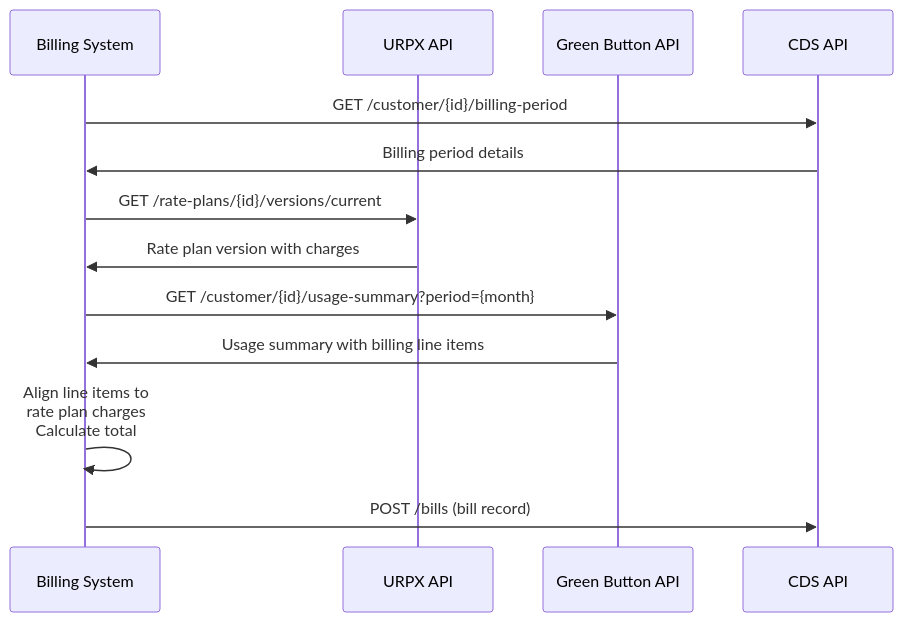
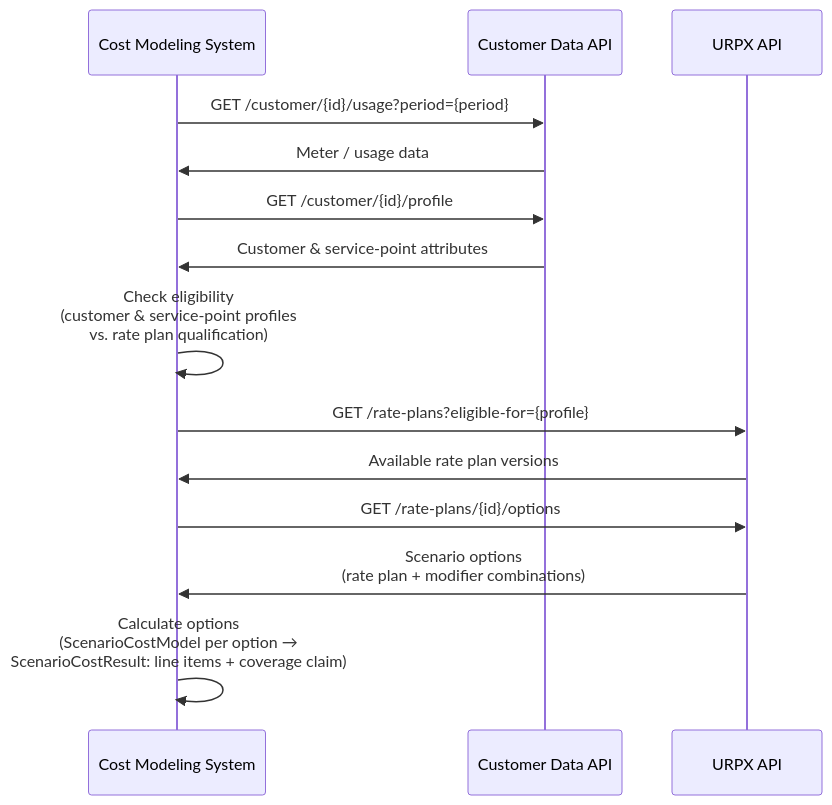
Before and after one commit to urpx-org/urpx: the second of 2 diagrams in documentation/pages/urpx-interoperability.md, drawn with Mermaid. The commit also changed other lines of this file and 1 other file, not shown here.

Commit message:
, Tighten the Green Button mapping annotations for publication
Recast the Green Button integration sequence to rate plan cost modeling

Replace the bill-calculation flow with a cost-modeling pattern: one Customer Data API in place of separate Green Button and CDS participants, and a flow of retrieve meter and customer data, check eligibility, list eligible rate plans, retrieve scenario options, and calculate options into a ScenarioCostResult. Eligibility and calculation are consuming-system steps, since execution is outside URPX scope.

Tighten the Green Button mapping annotations for publication

Remove the header note tracking in-progress spec work; scope the tariffProfile alignment to urpx:name as used on a rate plan; state the ProgramIdMappings and String256 notes as current semantics, with the ProgramIdMappings note pointing to the open code-list spec.

````diff
--- a/documentation/pages/urpx-interoperability.md
+++ b/documentation/pages/urpx-interoperability.md
@@ -308,20 +308,22 @@
 ```mermaid
 sequenceDiagram
-    participant System as Billing System
+    participant System as Cost Modeling System
+    participant CD as Customer Data API
     participant URPX as URPX API
-    participant GB as Green Button API
-    participant CDS as CDS API
     
-    System->>CDS: GET /customer/{id}/billing-period
-    CDS->>System: Billing period details
+    System->>CD: GET /customer/{id}/usage?period={period}
+    CD->>System: Meter / usage data
     
-    System->>URPX: GET /rate-plans/{id}/versions/current
-    URPX->>System: Rate plan version with charges
+    System->>CD: GET /customer/{id}/profile
+    CD->>System: Customer & service-point attributes
     
-    System->>GB: GET /customer/{id}/usage-summary?period={month}
-    GB->>System: Usage summary with billing line items
+    System->>System: Check eligibility<br/>(customer & service-point profiles<br/>vs. rate plan qualification)
     
-    System->>System: Align line items to<br/>rate plan charges<br/>Calculate total
+    System->>URPX: GET /rate-plans?eligible-for={profile}
+    URPX->>System: Available rate plan versions
     
-    System->>CDS: POST /bills (bill record)
+    System->>URPX: GET /rate-plans/{id}/options
+    URPX->>System: Scenario options<br/>(rate plan + modifier combinations)
+    
+    System->>System: Calculate options<br/>(ScenarioCostModel per option →<br/>ScenarioCostResult: line items + coverage claim)
 ```
````
